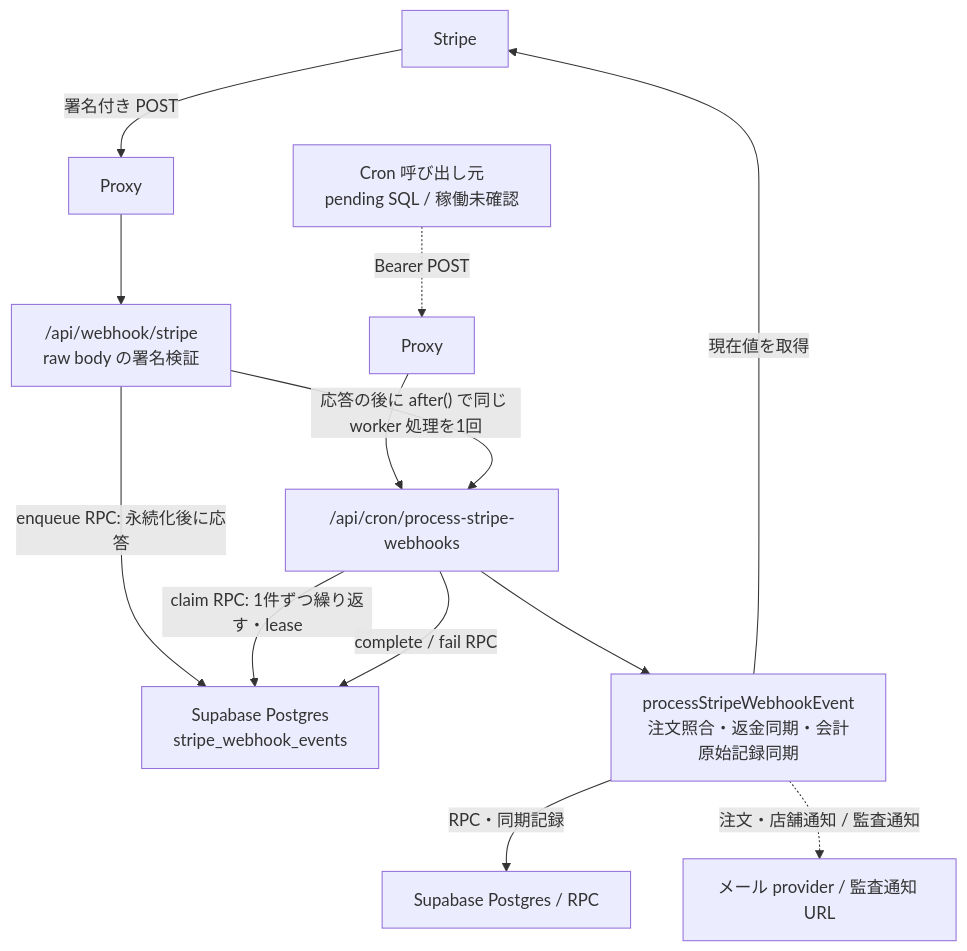
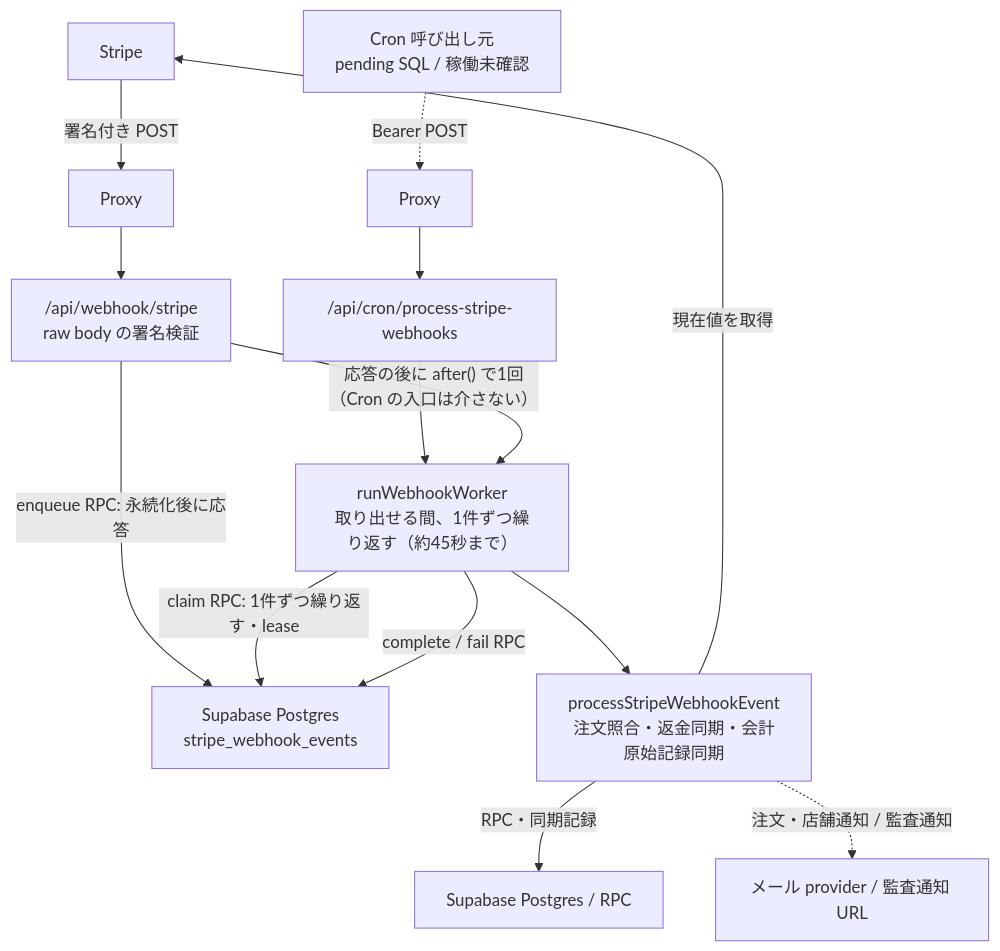
Before and after one commit to ChocoWork/o_official: the second of 3 diagrams in docs/03_BasicDesign/architecture/system-overview.md, drawn with Mermaid. The commit also changed other lines of this file and 8 other files, not shown here.

````diff
--- a/docs/03_BasicDesign/architecture/system-overview.md
+++ b/docs/03_BasicDesign/architecture/system-overview.md
@@ -59,15 +59,16 @@
 ```mermaid
 flowchart TB
   Stripe["Stripe"] -->|署名付き POST| Proxy["Proxy"]
   Proxy --> Receiver["/api/webhook/stripe<br/>raw body の署名検証"]
   Receiver -->|enqueue RPC: 永続化後に応答| Queue["Supabase Postgres<br/>stripe_webhook_events"]
   Caller["Cron 呼び出し元<br/>pending SQL / 稼働未確認"] -.->|Bearer POST| WorkerProxy["Proxy"]
   WorkerProxy --> Worker["/api/cron/process-stripe-webhooks"]
-  Worker -->|claim RPC: 1件ずつ繰り返す・lease| Queue
-  Worker --> Processor["processStripeWebhookEvent<br/>注文照合・返金同期・会計原始記録同期"]
+  Worker --> Run["runWebhookWorker<br/>取り出せる間、1件ずつ繰り返す（約45秒まで）"]
+  Receiver -->|"応答の後に after() で1回（Cron の入口は介さない）"| Run
+  Run -->|claim RPC: 1件ずつ繰り返す・lease| Queue
+  Run --> Processor["processStripeWebhookEvent<br/>注文照合・返金同期・会計原始記録同期"]
   Processor -->|現在値を取得| Stripe
   Processor -->|RPC・同期記録| DB["Supabase Postgres / RPC"]
   Processor -.->|注文・店舗通知 / 監査通知| Notify["メール provider / 監査通知 URL"]
-  Worker -->|complete / fail RPC| Queue
-  Receiver -->|"応答の後に after() で同じ worker 処理を1回"| Worker
+  Run -->|complete / fail RPC| Queue
 ```
````
